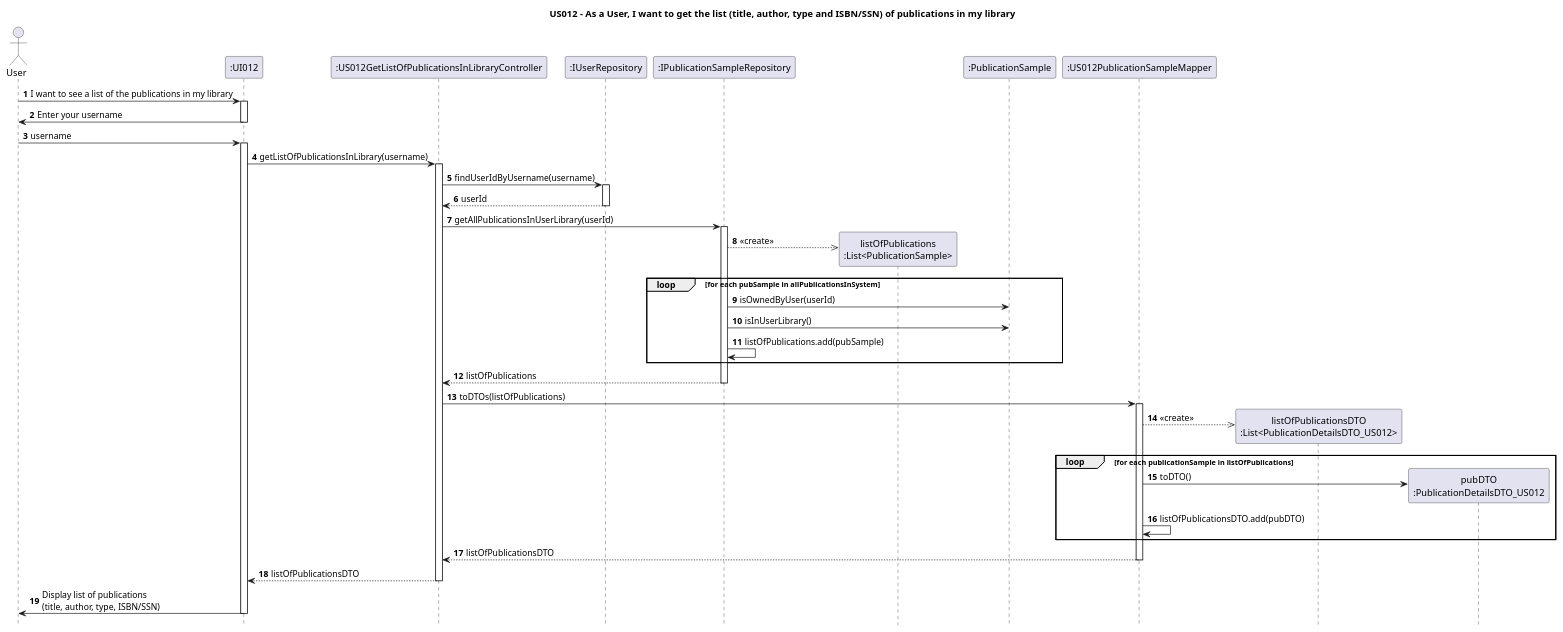
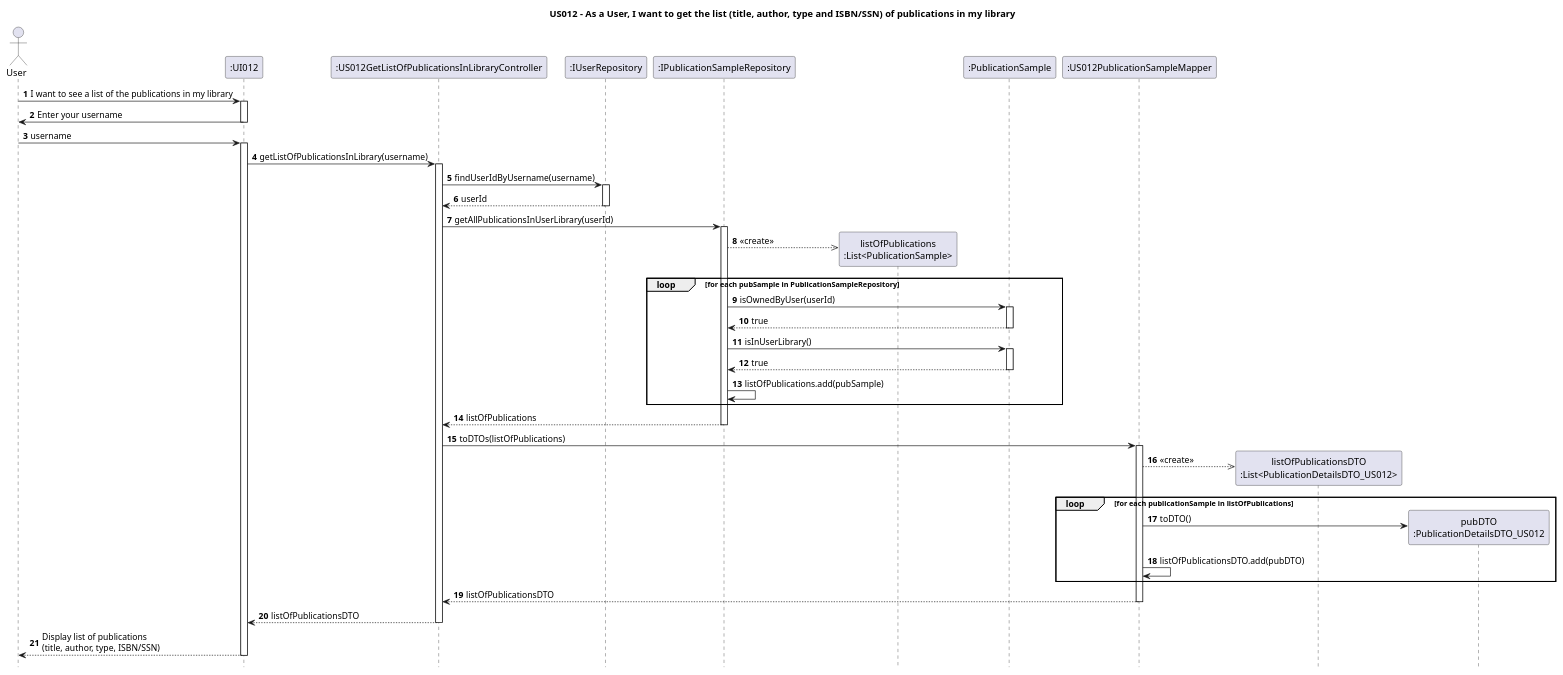
One commit to AndrePereiraGitH/SWitCH-Project-Team_A changed the diagram in Diagrams/SequenceDiagrams/N2/US012-to-get-list-of-publications-in-my-library.puml. Above: the diagram before and after it, drawn with PlantUML. The commit also changed 1 other file, not shown here.

Commit message:
docs(US012) #481: fixed some mistakes in uml annotation

```diff
--- a/Diagrams/SequenceDiagrams/N2/US012-to-get-list-of-publications-in-my-library.puml
+++ b/Diagrams/SequenceDiagrams/N2/US012-to-get-list-of-publications-in-my-library.puml
@@ -2,66 +2,72 @@
 @startuml
 autonumber
 hide footbox
 title US012 - As a User, I want to get the list (title, author, type and ISBN/SSN) of publications in my library
 
 actor User
 participant ":UI012" as UI
 participant ":US012GetListOfPublicationsInLibraryController" as Ctrl
 
 participant ":IUserRepository" as userRepo
 participant ":IPublicationSampleRepository" as pubSampleRepo
 participant "listOfPublications\n:List<PublicationSample>" as ListPubs
 participant ":PublicationSample" as pubSample
 participant ":US012PublicationSampleMapper" as Mapper
 participant "listOfPublicationsDTO\n:List<PublicationDetailsDTO_US012>" as ListDTO
 participant "pubDTO\n:PublicationDetailsDTO_US012" as pubDTO
 
 User -> UI : I want to see a list of the publications in my library
 activate UI
 UI -> User : Enter your username
 deactivate UI
 User -> UI : username
 
 activate UI
 UI -> Ctrl : getListOfPublicationsInLibrary(username)
 activate Ctrl
 
 Ctrl -> userRepo : findUserIdByUsername(username)
 activate userRepo
 userRepo --> Ctrl : userId
 deactivate userRepo
 
 Ctrl -> pubSampleRepo : getAllPublicationsInUserLibrary(userId)
 activate pubSampleRepo
 
 pubSampleRepo -->> ListPubs ** : <<create>>
 
-loop for each pubSample in allPublicationsInSystem
+loop for each pubSample in PublicationSampleRepository
     pubSampleRepo -> pubSample : isOwnedByUser(userId)
+    activate pubSample
+    pubSample --> pubSampleRepo : true
+    deactivate pubSample
     pubSampleRepo -> pubSample : isInUserLibrary()
+    activate pubSample
+    pubSample --> pubSampleRepo : true
+    deactivate pubSample
     pubSampleRepo -> pubSampleRepo : listOfPublications.add(pubSample)
 end
 
 pubSampleRepo --> Ctrl : listOfPublications
 deactivate pubSampleRepo
 
 Ctrl -> Mapper : toDTOs(listOfPublications)
 activate Mapper
 
 Mapper -->> ListDTO ** : <<create>>
 
 loop for each publicationSample in listOfPublications
     Mapper -> pubDTO ** : toDTO()
     Mapper -> Mapper : listOfPublicationsDTO.add(pubDTO)
 end
 
 Mapper --> Ctrl : listOfPublicationsDTO
 deactivate Mapper
 
 Ctrl --> UI : listOfPublicationsDTO
 deactivate Ctrl
 
-UI -> User : Display list of publications\n(title, author, type, ISBN/SSN)
+UI --> User : Display list of publications\n(title, author, type, ISBN/SSN)
 deactivate UI
 
 @enduml
```
